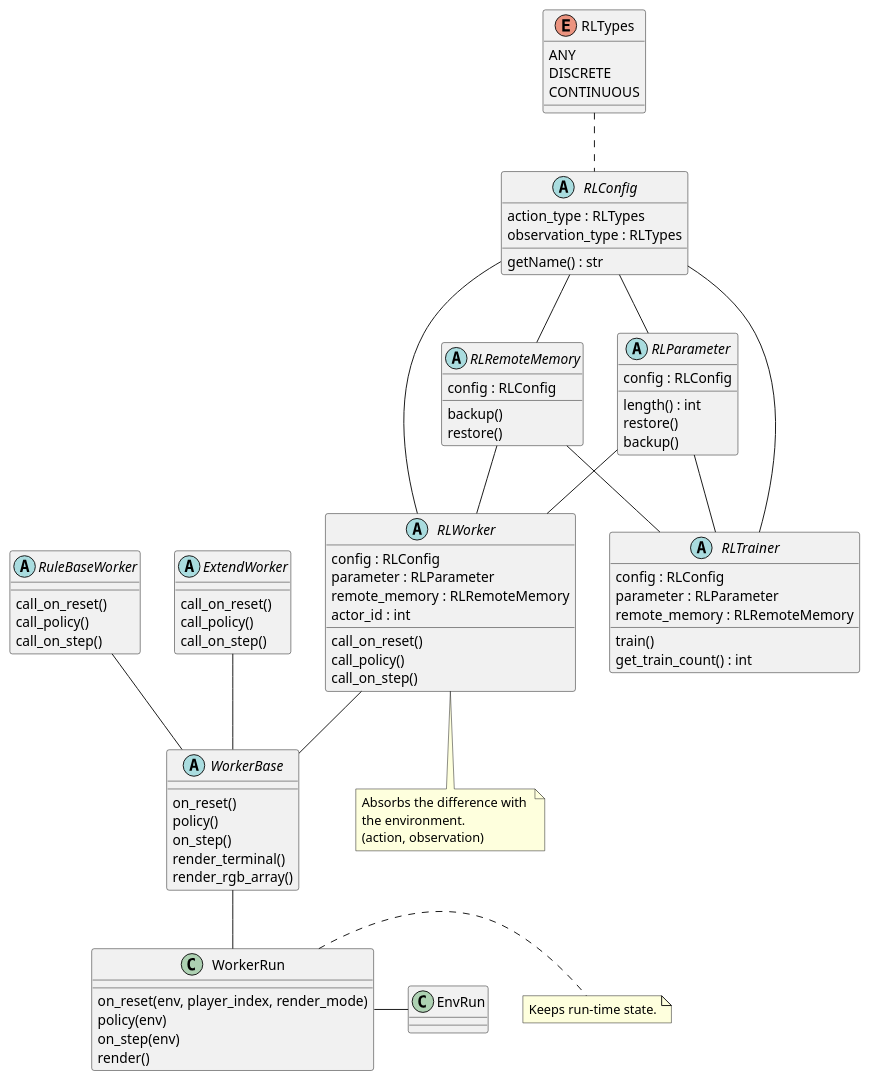
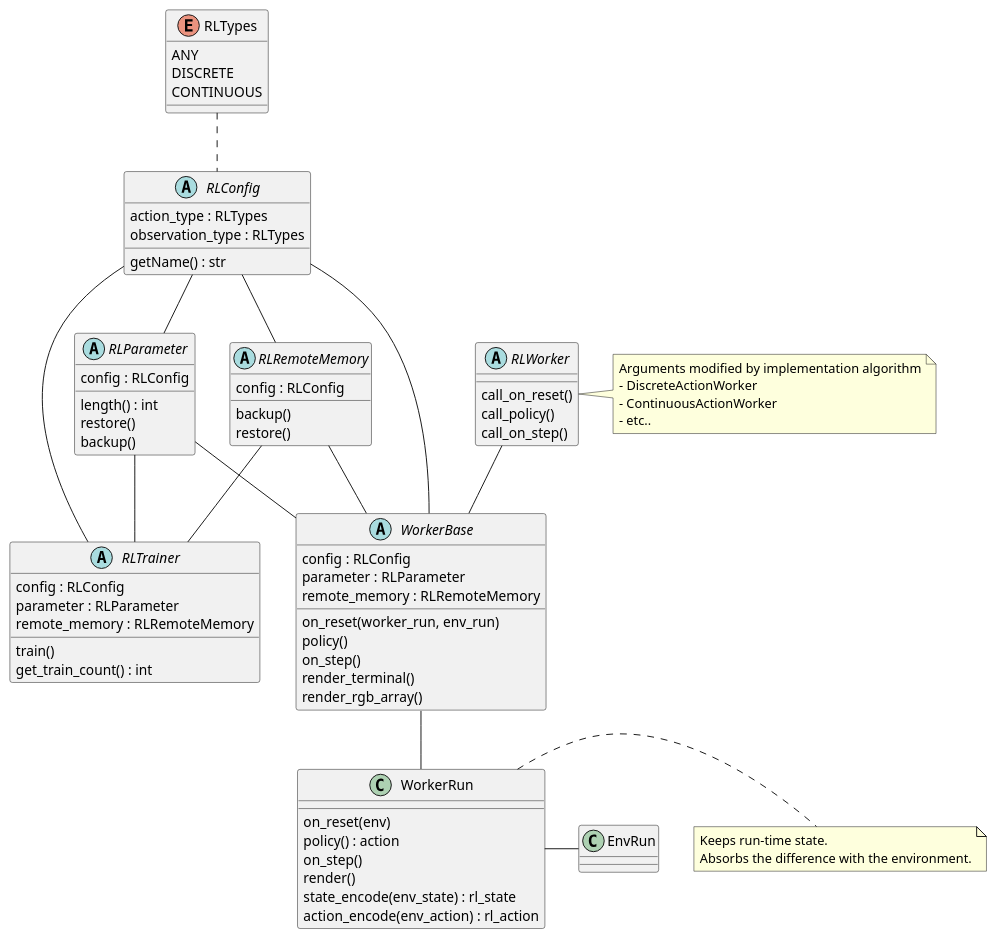
One commit to pocokhc/simple_distributed_rl changed the diagram in diagrams/class_rl.pu. Above: the diagram before and after it, drawn with PlantUML. The commit also changed 23 other files, not shown here.

```diff
--- a/diagrams/class_rl.pu
+++ b/diagrams/class_rl.pu
@@ -1,110 +1,95 @@
 @startuml class_rl
 
 enum RLTypes {
     ANY
     DISCRETE
     CONTINUOUS
 }
 
 
 class EnvRun {}
 
 
 class WorkerRun {
-    on_reset(env, player_index, render_mode)
-    policy(env)
-    on_step(env)
+    on_reset(env)
+    policy() : action
+    on_step()
     render()
+    state_encode(env_state) : rl_state
+    action_encode(env_action) : rl_action
 }
-
 WorkerRun - EnvRun
 
-note "Keeps run-time state." as WorkerRunMemo
+note "Keeps run-time state.\nAbsorbs the difference with the environment." as WorkerRunMemo
 WorkerRun . WorkerRunMemo
 
 
 abstract WorkerBase {
-    on_reset()
+    config : RLConfig
+    parameter : RLParameter
+    remote_memory : RLRemoteMemory
+    on_reset(worker_run, env_run)
     policy()
     on_step()
     render_terminal()
     render_rgb_array()
 }
 WorkerBase -- WorkerRun
 
 
-abstract RuleBaseWorker {
+abstract RLWorker {
     call_on_reset()
     call_policy()
     call_on_step()
 }
-
-RuleBaseWorker -- WorkerBase
-
-
-abstract ExtendWorker {
-    call_on_reset()
-    call_policy()
-    call_on_step()
-}
-
-ExtendWorker -- WorkerBase
-
-
-abstract RLWorker {
-    config : RLConfig
-    parameter : RLParameter
-    remote_memory : RLRemoteMemory
-    actor_id : int
-    call_on_reset()
-    call_policy()
-    call_on_step()
-}
-
-
 RLWorker -- WorkerBase
 
-note "Absorbs the difference with \nthe environment.\n(action, observation)" as RLWorkerMemo
-RLWorker .. RLWorkerMemo
+note as RLWorkerMemo
+Arguments modified by implementation algorithm
+- DiscreteActionWorker
+- ContinuousActionWorker
+- etc..
+end note
+RLWorker <|- RLWorkerMemo
 
 
 abstract RLTrainer {
     config : RLConfig
     parameter : RLParameter
     remote_memory : RLRemoteMemory
     train()
     get_train_count() : int
 }
 
 abstract RLRemoteMemory {
     config : RLConfig
     backup()
     restore()
 }
 
 abstract RLParameter {
     config : RLConfig
     length() : int
     restore()
     backup()
 }
 
 abstract RLConfig {
     getName() : str
     action_type : RLTypes
     observation_type : RLTypes
 }
 
 RLTypes .. RLConfig
 
-RLConfig --- RLWorker
+RLConfig --- WorkerBase
 RLConfig --- RLTrainer
 RLConfig -- RLParameter
 RLConfig -- RLRemoteMemory
 
-RLParameter -- RLWorker
+RLParameter -- WorkerBase
 RLParameter -- RLTrainer
-RLRemoteMemory -- RLWorker
+RLRemoteMemory -- WorkerBase
 RLRemoteMemory -- RLTrainer
 
 @enduml
```
